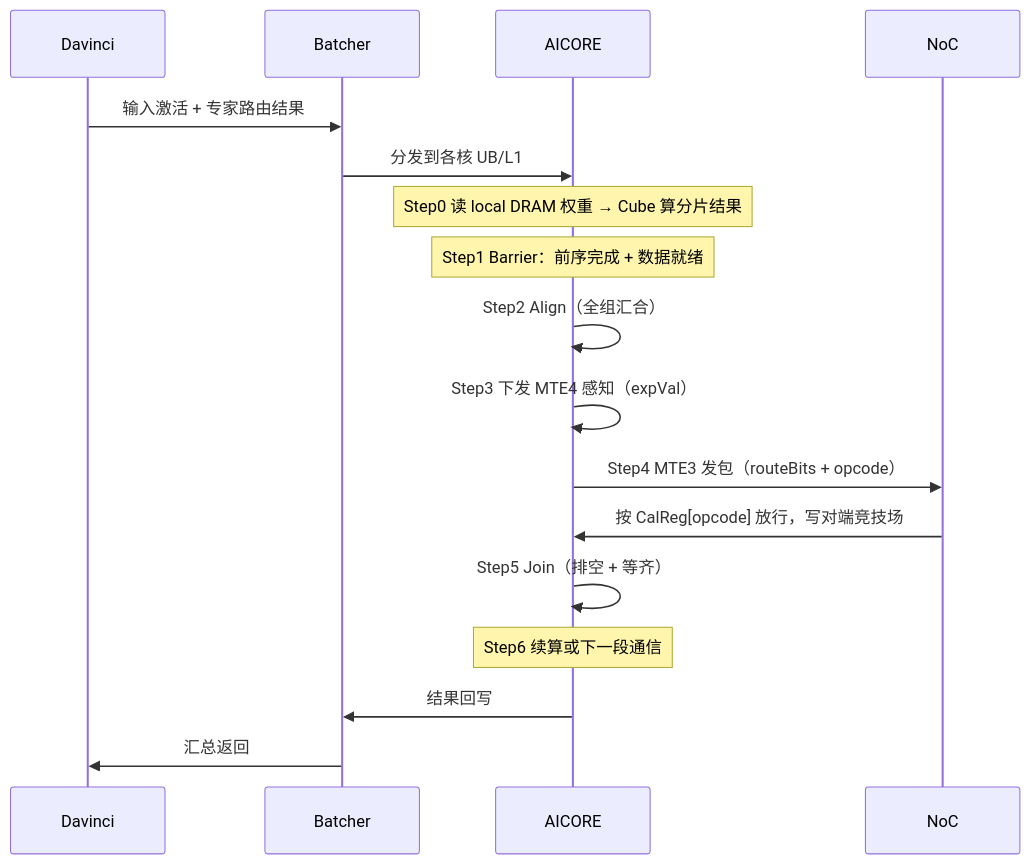
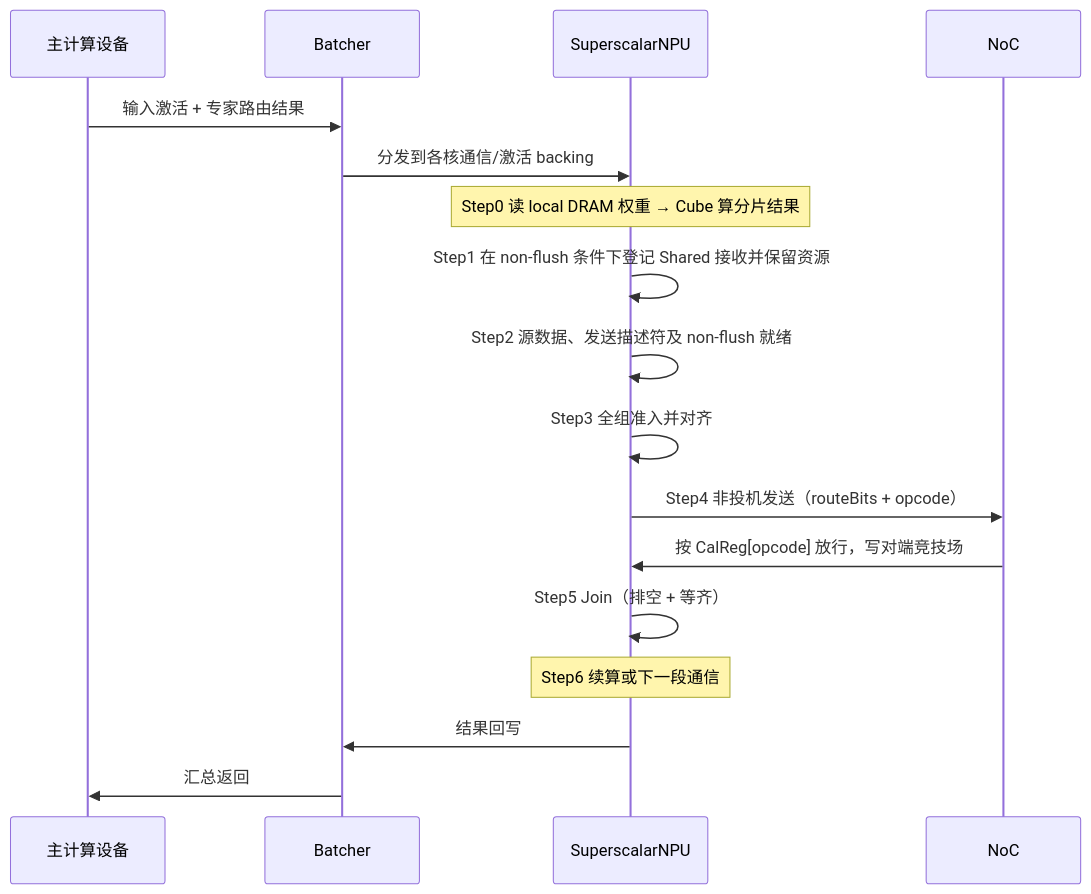
Before and after one commit to PTO-ISA/wse-model: the tenth of 12 diagrams in docs/design/wse-system-architecture-whitepaper.md, drawn with Mermaid. The commit also changed other lines of this file and 9 other files, not shown here.

Commit message:
docs: migrate WSE whitepaper to SuperscalarNPU router interfaces

````diff
--- a/docs/design/wse-system-architecture-whitepaper.md
+++ b/docs/design/wse-system-architecture-whitepaper.md
@@ -735,19 +721,19 @@
 ```mermaid
 sequenceDiagram
-  participant D as Davinci
+  participant D as 主计算设备
   participant B as Batcher
-  participant C as AICORE
+  participant C as SuperscalarNPU
   participant N as NoC
   D->>B: 输入激活 + 专家路由结果
-  B->>C: 分发到各核 UB/L1
+  B->>C: 分发到各核通信/激活 backing
   Note over C: Step0 读 local DRAM 权重 → Cube 算分片结果
-  Note over C: Step1 Barrier：前序完成 + 数据就绪
-  C->>C: Step2 Align（全组汇合）
-  C->>C: Step3 下发 MTE4 感知（expVal）
-  C->>N: Step4 MTE3 发包（routeBits + opcode）
+  C->>C: Step1 在 non-flush 条件下登记 Shared 接收并保留资源
+  C->>C: Step2 源数据、发送描述符及 non-flush 就绪
+  C->>C: Step3 全组准入并对齐
+  C->>N: Step4 非投机发送（routeBits + opcode）
   N->>C: 按 CalReg[opcode] 放行，写对端竞技场
   C->>C: Step5 Join（排空 + 等齐）
   Note over C: Step6 续算或下一段通信
   C->>B: 结果回写
   B->>D: 汇总返回
 ```
````
